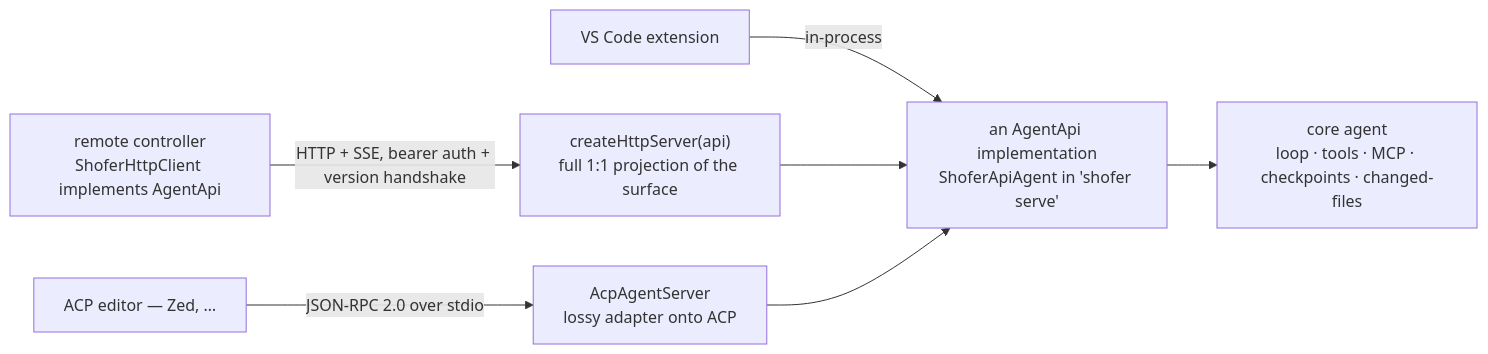
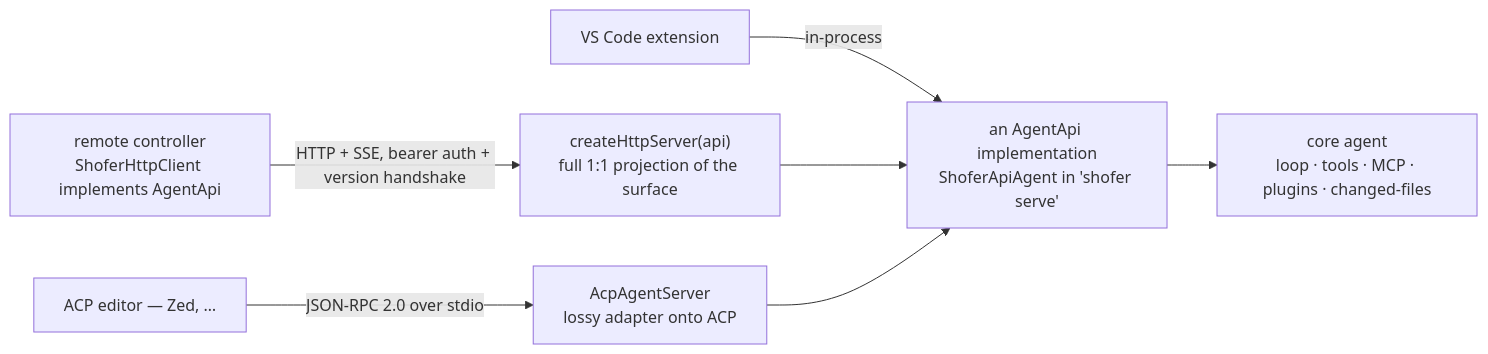
One commit to shofer-dev/shofer changed the first of 3 diagrams in docs/agentapi.md. Above: the diagram before and after it, drawn with Mermaid. The commit also changed other lines of this file and 166 other files, not shown here.

````diff
--- a/docs/agentapi.md
+++ b/docs/agentapi.md
@@ -25,18 +25,18 @@
 ```mermaid
 flowchart LR
     VS["VS Code extension"]
     CTRLR["remote controller<br/>ShoferHttpClient implements AgentApi"]
     ED["ACP editor — Zed, …"]
 
     HS["createHttpServer(api)<br/>full 1:1 projection of the surface"]
     ACP["AcpAgentServer<br/>lossy adapter onto ACP"]
     IMPL["an AgentApi implementation<br/>ShoferApiAgent in 'shofer serve'"]
-    CORE["core agent<br/>loop · tools · MCP · checkpoints · changed-files"]
+    CORE["core agent<br/>loop · tools · MCP · plugins · changed-files"]
 
     VS -->|"in-process"| IMPL
     CTRLR -->|"HTTP + SSE, bearer auth + version handshake"| HS
     ED -->|"JSON-RPC 2.0 over stdio"| ACP
     HS --> IMPL
     ACP --> IMPL
     IMPL --> CORE
 ```
````
